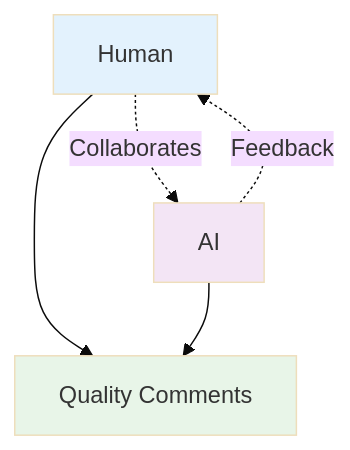
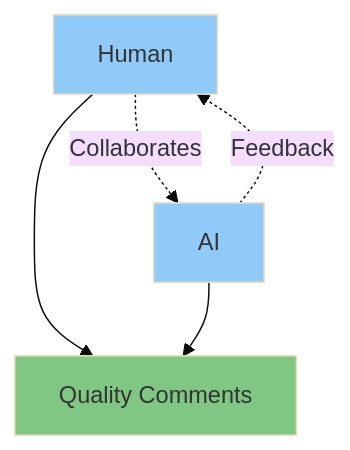
The third of 4 diagrams in index.qmd (IndrajeetPatil/to-comment-or-not), drawn with Mermaid (base theme) before and after one commit. The commit also changed other lines of this file and 1 other file, not shown here.

````diff
--- a/index.qmd
+++ b/index.qmd
@@ -1793,13 +1728,13 @@
 ```{mermaid}
 %%| eval: true
 %%| echo: false
 flowchart TD
     H[Human] --> S[Quality Comments]
     A[AI] --> S[Quality Comments]
     H -.->|Collaborates| A
     A -.->|Feedback| H
 
-    style H fill:#e3f2fd
-    style A fill:#f3e5f5
-    style S fill:#e8f5e8
+    style H fill:#90CAF9
+    style A fill:#90CAF9
+    style S fill:#81C784
 ```
````
